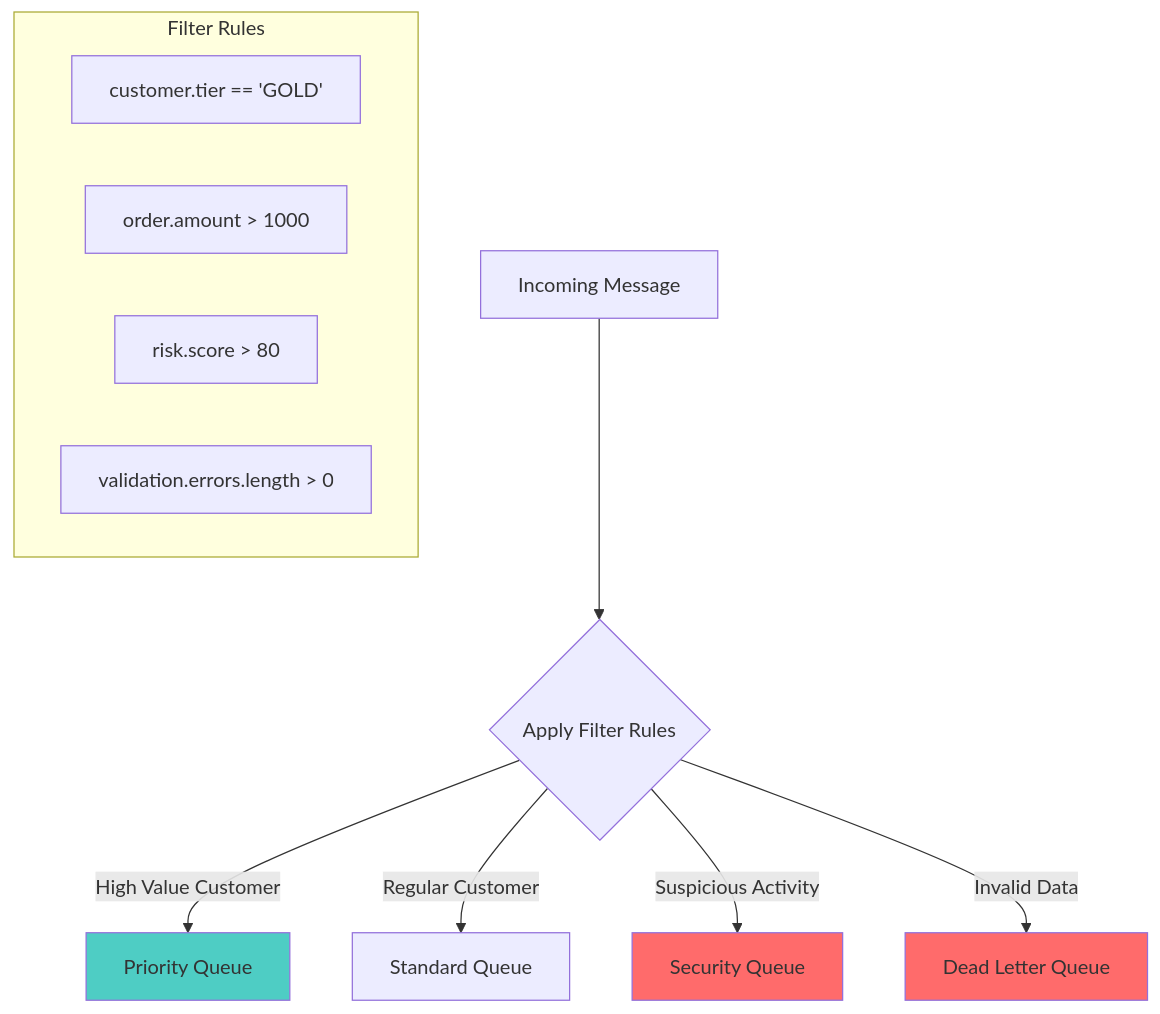
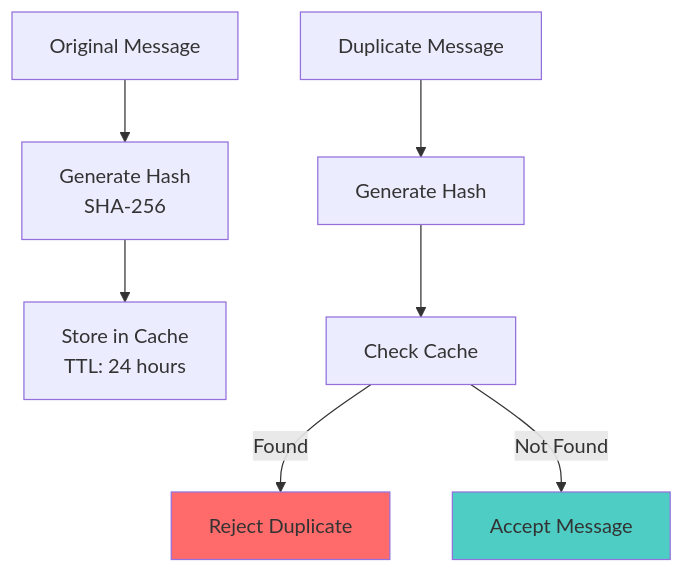
Before and after one commit to vorrawut/KafkaStarter: the fifth of 6 diagrams in class/workshop/lesson_10/README.md, drawn with Mermaid. The commit also changed other lines of this file and 204 other files, not shown here.

````diff
--- a/class/workshop/lesson_10/README.md
+++ b/class/workshop/lesson_10/README.md
@@ -148,20 +142,13 @@
 ```mermaid
-flowchart TD
-    MESSAGE[Incoming Message] --> RULES{Apply Filter Rules}
+graph TB
+    MESSAGE[Original Message] --> HASH[Generate Hash<br/>SHA-256]
+    HASH --> STORE[Store in Cache<br/>TTL: 24 hours]
     
-    RULES -->|High Value Customer| PRIORITY[Priority Queue]
-    RULES -->|Regular Customer| STANDARD[Standard Queue]
-    RULES -->|Suspicious Activity| SECURITY[Security Queue]
-    RULES -->|Invalid Data| DLQ[Dead Letter Queue]
+    DUPLICATE[Duplicate Message] --> HASH2[Generate Hash]
+    HASH2 --> CHECK[Check Cache]
+    CHECK -->|Found| REJECT[Reject Duplicate]
+    CHECK -->|Not Found| ACCEPT[Accept Message]
     
-    subgraph "Filter Rules"
-        RULE1[customer.tier == 'GOLD']
-        RULE2[order.amount > 1000]
-        RULE3[risk.score > 80]
-        RULE4[validation.errors.length > 0]
-    end
-    
-    style PRIORITY fill:#4ecdc4
-    style SECURITY fill:#ff6b6b
-    style DLQ fill:#ff6b6b
+    style REJECT fill:#ff6b6b
+    style ACCEPT fill:#4ecdc4
 ```
````
